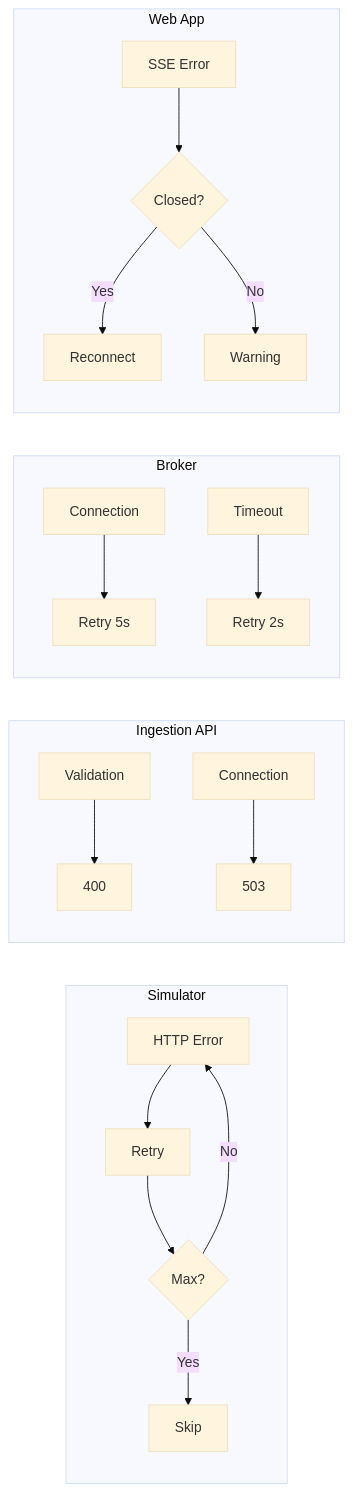
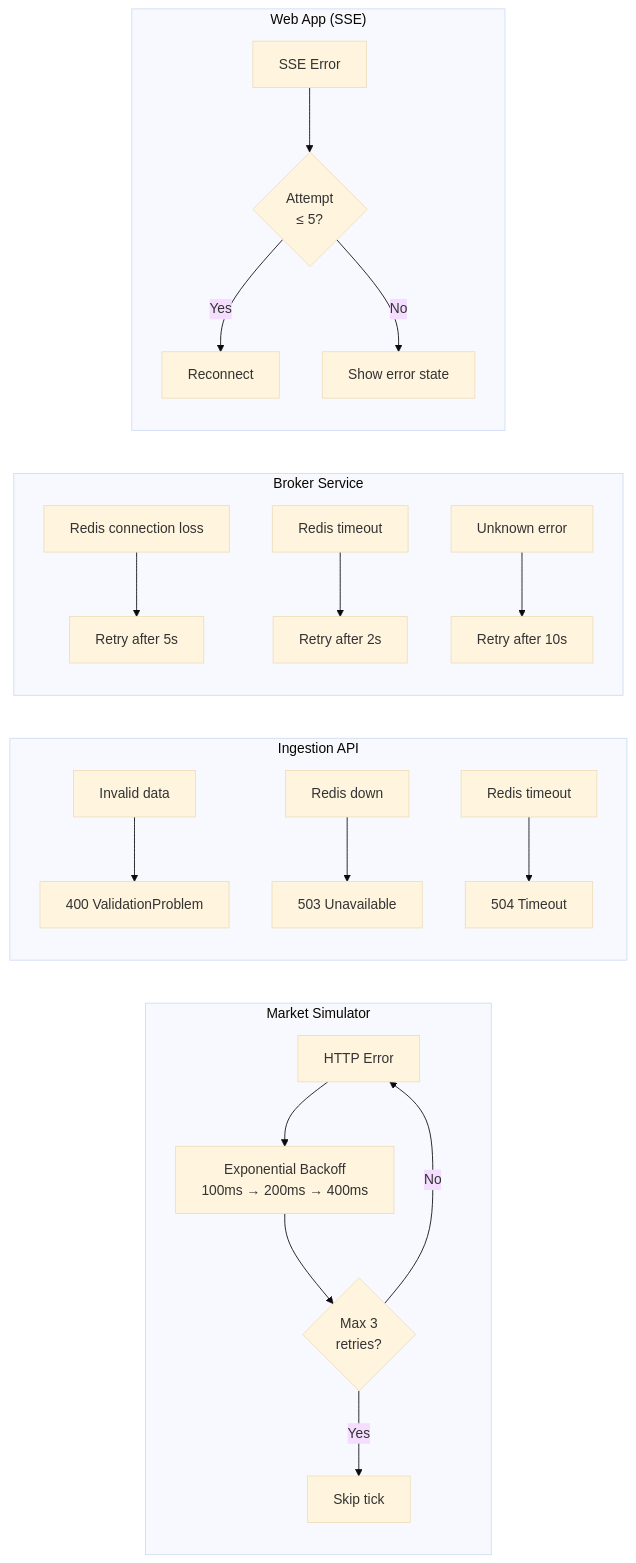
Before and after one commit to raj-champion-trader/rajchampaneriya.github.io: the tenth of 10 diagrams in hugo-site/content/projects/stock-market-simulator/index.md, drawn with Mermaid (base theme). The commit also changed other lines of this file and 4 other files, not shown here.

First line of the commit message:
Enhance Stock Market Simulator documentation and architecture details

````diff
--- a/hugo-site/content/projects/stock-market-simulator/index.md
+++ b/hugo-site/content/projects/stock-market-simulator/index.md
@@ -352,25 +423,27 @@
 ```mermaid
 flowchart LR
-    subgraph Simulator["Simulator"]
-        SE1["HTTP Error"] --> SE2["Retry"]
-        SE2 --> SE3{"Max?"}
+    subgraph Simulator["Market Simulator"]
+        SE1["HTTP Error"] --> SE2["Exponential Backoff<br/>100ms → 200ms → 400ms"]
+        SE2 --> SE3{"Max 3<br/>retries?"}
         SE3 -->|No| SE1
-        SE3 -->|Yes| SE4["Skip"]
+        SE3 -->|Yes| SE4["Skip tick"]
     end
 
     subgraph Ingestion["Ingestion API"]
-        IE1["Validation"] --> IE2["400"]
-        IE3["Connection"] --> IE4["503"]
+        IE1["Invalid data"] --> IE2["400 ValidationProblem"]
+        IE3["Redis down"] --> IE4["503 Unavailable"]
+        IE5["Redis timeout"] --> IE6["504 Timeout"]
     end
 
-    subgraph Broker["Broker"]
-        BE1["Connection"] --> BE2["Retry 5s"]
-        BE3["Timeout"] --> BE4["Retry 2s"]
+    subgraph Broker["Broker Service"]
+        BE1["Redis connection loss"] --> BE2["Retry after 5s"]
+        BE3["Redis timeout"] --> BE4["Retry after 2s"]
+        BE5["Unknown error"] --> BE6["Retry after 10s"]
     end
 
-    subgraph WebApp["Web App"]
-        WE1["SSE Error"] --> WE2{"Closed?"}
+    subgraph WebApp["Web App (SSE)"]
+        WE1["SSE Error"] --> WE2{"Attempt<br/> ≤ 5?"}
         WE2 -->|Yes| WE3["Reconnect"]
-        WE2 -->|No| WE4["Warning"]
+        WE2 -->|No| WE4["Show error state"]
     end
 ```
````
